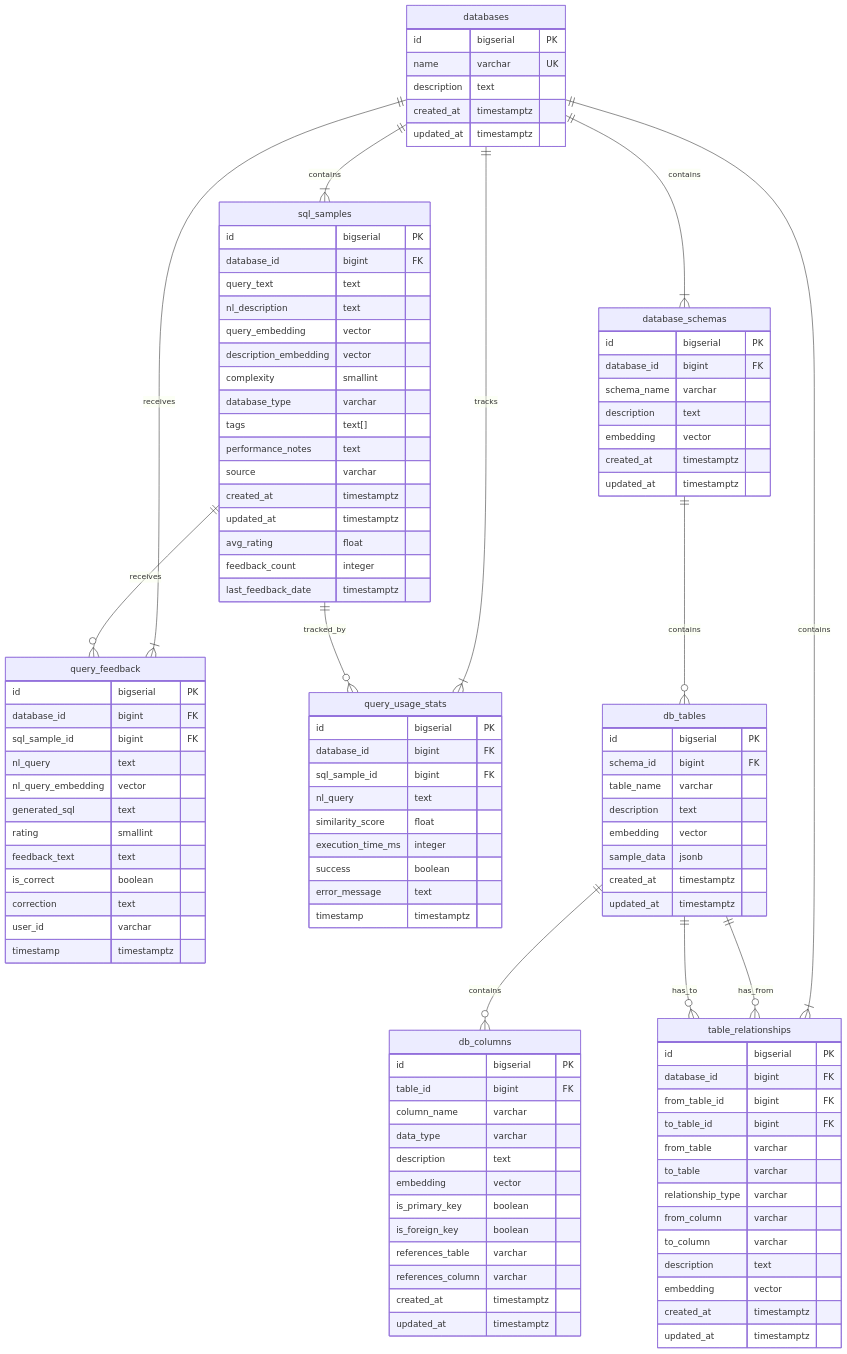
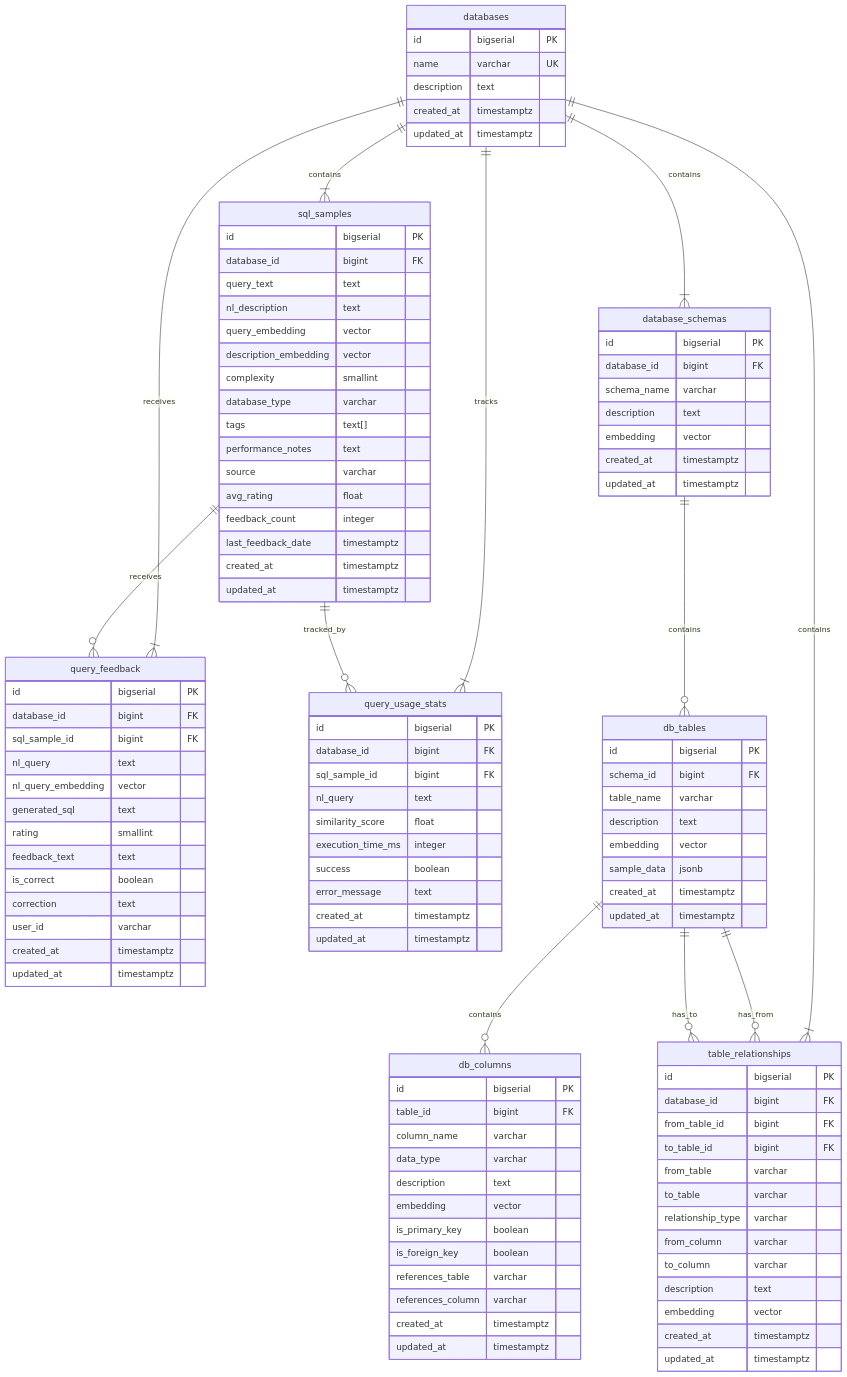
The third of 4 diagrams in README.md (brucee63/natural-lang-to-sql), drawn with Mermaid before and after one commit. The commit also changed 14 other files, not shown here.

````diff
--- a/README.md
+++ b/README.md
@@ -113,11 +113,11 @@
         tags text[]
         performance_notes text
         source varchar
-        created_at timestamptz
-        updated_at timestamptz
         avg_rating float
         feedback_count integer
         last_feedback_date timestamptz
+        created_at timestamptz
+        updated_at timestamptz
     }
 
     database_schemas {
@@ -181,7 +181,8 @@
         execution_time_ms integer
         success boolean
         error_message text
-        timestamp timestamptz
+        created_at timestamptz
+        updated_at timestamptz
     }
 
     query_feedback {
@@ -196,6 +197,7 @@
         is_correct boolean
         correction text
         user_id varchar
-        timestamp timestamptz
+        created_at timestamptz
+        updated_at timestamptz
     }
 ```
````
